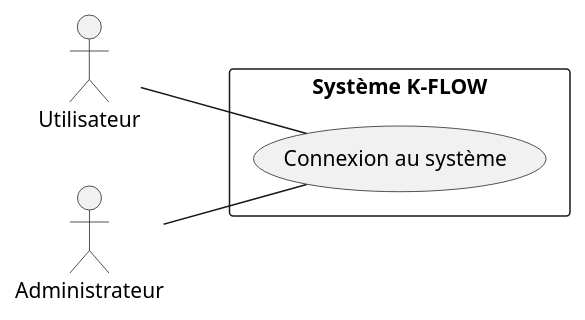
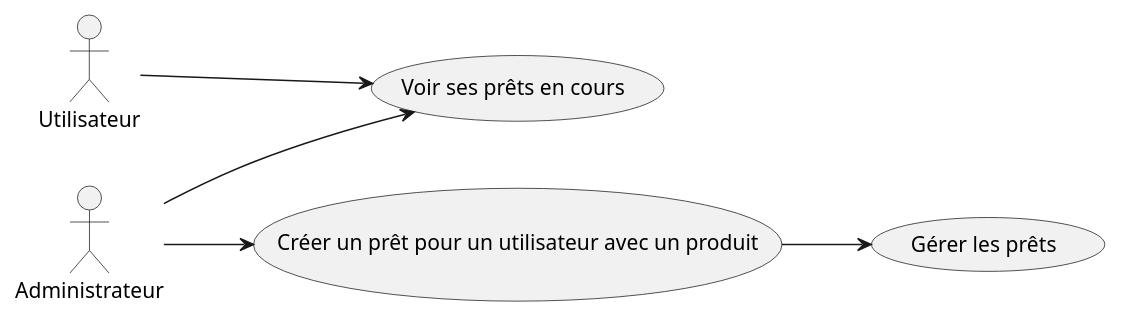
One commit to chinokira/kflow changed the diagram in kflow_back/src/main/java/kayak/freestyle/competition/kflow/models/diagramUseCase1.puml. Above: the diagram before and after it, drawn with PlantUML. The commit also changed 24 other files, not shown here.

```diff
--- a/kflow_back/src/main/java/kayak/freestyle/competition/kflow/models/diagramUseCase1.puml
+++ b/kflow_back/src/main/java/kayak/freestyle/competition/kflow/models/diagramUseCase1.puml
@@ -1,10 +1,18 @@
 @startuml
 left to right direction
-actor "Utilisateur" as Utilisateur
-actor "Administrateur" as Administrateur
-rectangle "Système K-FLOW" {
-  usecase "Connexion au système" as UC_Connexion
-}
-Utilisateur -- UC_Connexion
-Administrateur -- UC_Connexion
+skinparam packageStyle rectangle
+
+actor Utilisateur
+actor Administrateur
+
+usecase "Gérer les prêts" as UC_GererPrets
+usecase "Voir ses prêts en cours" as UC_VoirSesPrets
+usecase "Créer un prêt pour un utilisateur avec un produit" as UC_CreerPret
+
+Utilisateur --> UC_VoirSesPrets
+Administrateur --> UC_VoirSesPrets
+Administrateur --> UC_CreerPret
+
+UC_CreerPret --> UC_GererPrets
+
 @enduml
```
